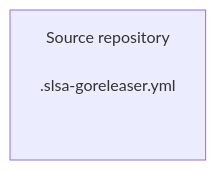
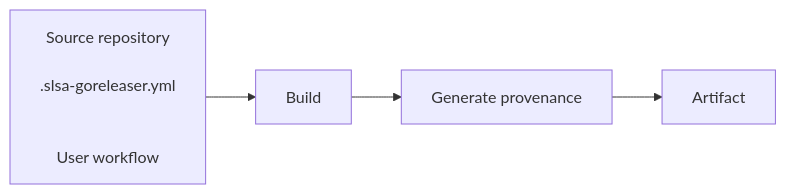
One commit to slsa-framework/slsa-github-generator changed the diagram in SPECIFICATIONS.md. Above: the diagram before and after it, drawn with Mermaid.

Commit message:
update mermaid chart

````diff
--- a/SPECIFICATIONS.md
+++ b/SPECIFICATIONS.md
@@ -122,4 +122,11 @@
 ```mermaid
 flowchart LR;
-  source[Source repository<br/><br/>.slsa-goreleaser.yml<br/><br/><br/>];
+  source[Source repository<br/><br/>.slsa-goreleaser.yml<br/><br/><br/>User workflow];
+  build[Build]
+  generate[Generate provenance]
+  artifact[Artifact]
+
+  source-->build
+  build-->generate
+  generate-->artifact
 ```
````
